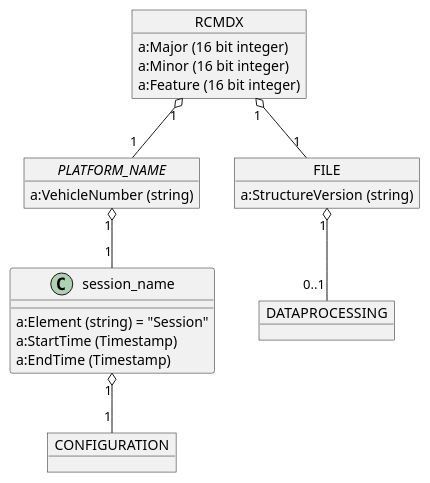
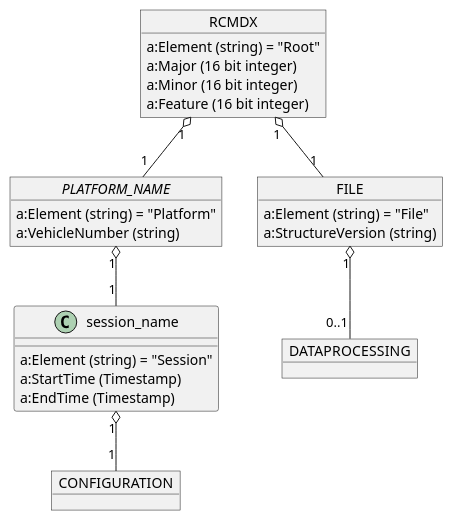
The second of 13 diagrams in images/rcm-dx-images.puml (OpenRailAssociation/rcm-dx), drawn with PlantUML before and after one commit. The commit also changed other lines of this file, not shown here.

Commit message:
rcm-dx-images.puml by Jakob; added "Element" removed PRE

```diff
--- a/images/rcm-dx-images.puml
+++ b/images/rcm-dx-images.puml
@@ -43,33 +43,36 @@
 @startuml rcmdx_root_group
 
   object RCMDX {
+    a:Element (string) = "Root"
     a:Major (16 bit integer)
     a:Minor (16 bit integer)
     a:Feature (16 bit integer)
   }
  
   object "//PLATFORM_NAME//" as PLATFORM {
+    a:Element (string) = "Platform"
     a:VehicleNumber (string)
   }
   RCMDX "1" o-- "1" PLATFORM
 
   object FILE {
+    a:Element (string) = "File"
     a:StructureVersion (string)
   }
   RCMDX "1" o-- "1" FILE
 
   object DATAPROCESSING {
   }
   FILE "1" o-- "0..1" DATAPROCESSING
 
   object "CONFIGURATION" as session_config
   session_name "1" o-- "1" session_config
 
   object "//SESSION_NAME//" as session_name {
     a:Element (string) = "Session"
     a:StartTime (Timestamp)
     a:EndTime (Timestamp)
   } 
   PLATFORM "1" o-- "1" session_name
 
 @enduml
```
